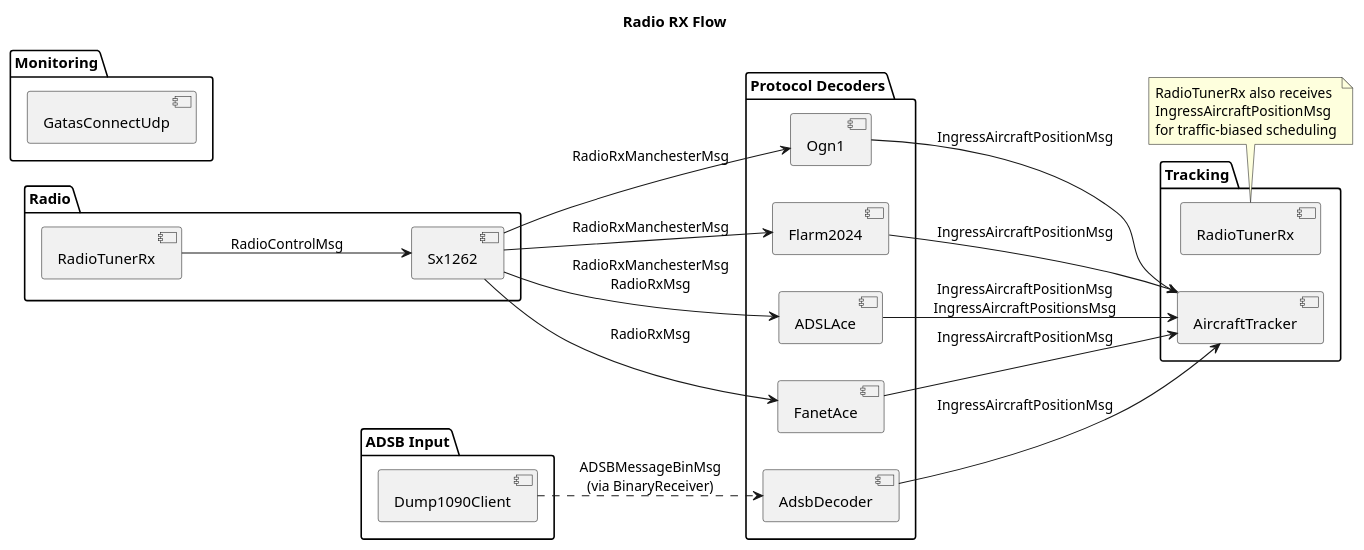
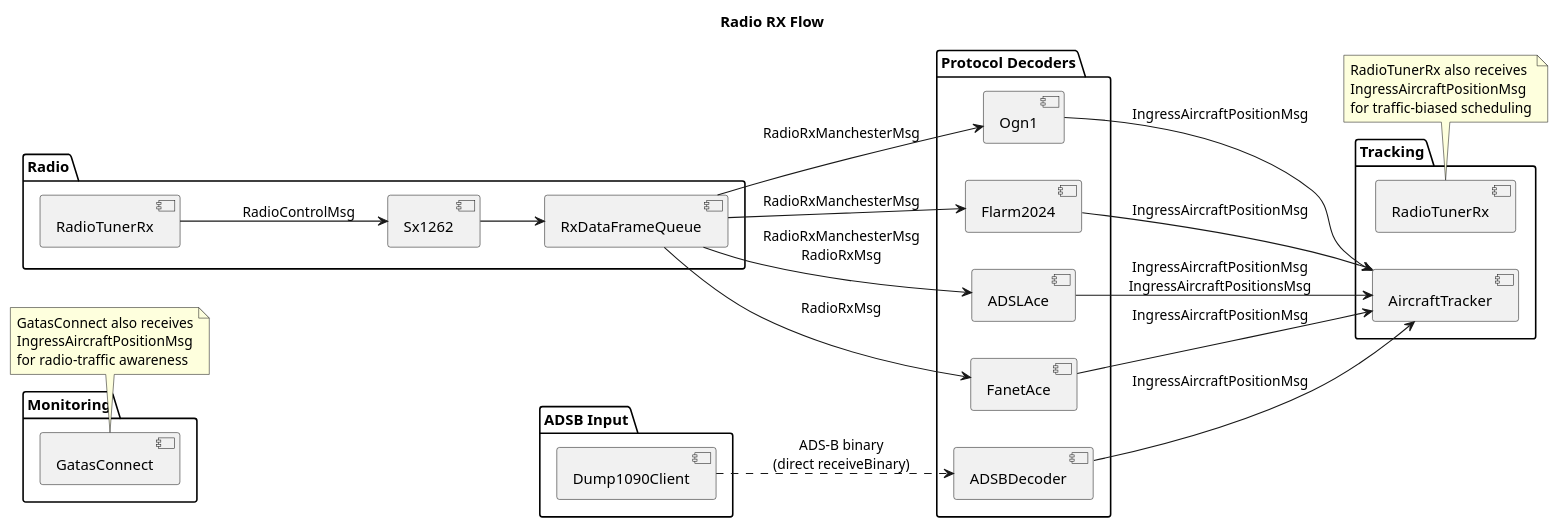
The third of 7 diagrams in doc/message-bus.md (Duke306/openace), drawn with PlantUML before and after one commit. The commit also changed other lines of this file and 85 other files, not shown here.

````diff
--- a/doc/message-bus.md
+++ b/doc/message-bus.md
@@ -159,53 +175,57 @@
 ```plantuml
 
 ' =====================================================================
 ' RADIO RX FLOW
 ' =====================================================================
 @startuml
 title Radio RX Flow
 
 left to right direction
 
 package "Radio" {
     [Sx1262]
+    [RxDataFrameQueue]
     [RadioTunerRx]
 }
 
 package "ADSB Input" {
     [Dump1090Client]
 }
 
 package "Protocol Decoders" {
     [Ogn1]
     [Flarm2024]
     [ADSLAce]
     [FanetAce]
-    [AdsbDecoder]
+    [ADSBDecoder]
 }
 
 package "Tracking" {
     [AircraftTracker]
     [RadioTunerRx] as RTRx2
 }
 
 package "Monitoring" {
-    [GatasConnectUdp]
+    [GatasConnect]
 }
 
 [RadioTunerRx] --> [Sx1262] : RadioControlMsg
-[Sx1262] --> [Ogn1] : RadioRxManchesterMsg
-[Sx1262] --> [Flarm2024] : RadioRxManchesterMsg
-[Sx1262] --> [ADSLAce] : RadioRxManchesterMsg\nRadioRxMsg
-[Sx1262] --> [FanetAce] : RadioRxMsg
-[Dump1090Client] ..> [AdsbDecoder] : ADSBMessageBinMsg\n(via BinaryReceiver)
+[Sx1262] --> [RxDataFrameQueue]
+[RxDataFrameQueue] --> [Ogn1] : RadioRxManchesterMsg
+[RxDataFrameQueue] --> [Flarm2024] : RadioRxManchesterMsg
+[RxDataFrameQueue] --> [ADSLAce] : RadioRxManchesterMsg\nRadioRxMsg
+[RxDataFrameQueue] --> [FanetAce] : RadioRxMsg
+[Dump1090Client] ..> [ADSBDecoder] : ADS-B binary\n(direct receiveBinary)
 
 [Ogn1] --> [AircraftTracker] : IngressAircraftPositionMsg
 [Flarm2024] --> [AircraftTracker] : IngressAircraftPositionMsg
 [ADSLAce] --> [AircraftTracker] : IngressAircraftPositionMsg\nIngressAircraftPositionsMsg
 [FanetAce] --> [AircraftTracker] : IngressAircraftPositionMsg
-[AdsbDecoder] --> [AircraftTracker] : IngressAircraftPositionMsg
+[ADSBDecoder] --> [AircraftTracker] : IngressAircraftPositionMsg
+
+note bottom of GatasConnect : GatasConnect also receives\nIngressAircraftPositionMsg\nfor radio-traffic awareness
 
 note bottom of RTRx2 : RadioTunerRx also receives\nIngressAircraftPositionMsg\nfor traffic-biased scheduling
 
 @enduml
 ```
````
